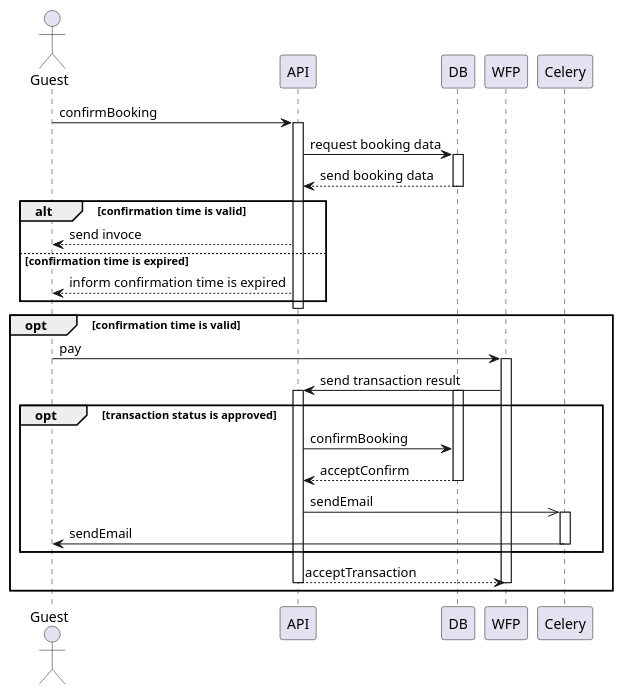
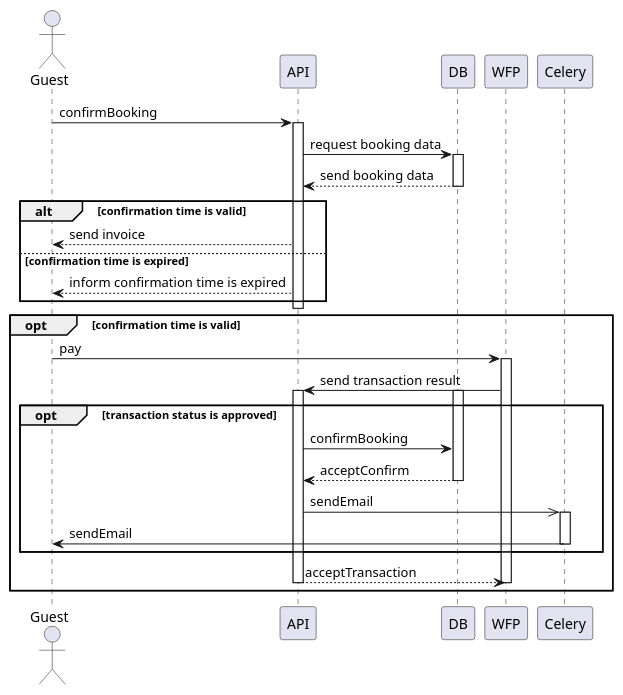
Before and after one commit to opvlad/kpi-mavpz: the diagram in lab3/sequence-1.md, drawn with PlantUML. The commit also changed 2 other files, not shown here.

````diff
--- a/lab3/sequence-1.md
+++ b/lab3/sequence-1.md
@@ -2,42 +2,42 @@
 ```plantuml
 @startuml
 
 actor Guest as guest
 
 guest -> API : confirmBooking
 
 activate API
 API -> DB : request booking data
 activate DB
 DB --> API : send booking data
 deactivate DB
 
 alt confirmation time is valid
-API --> guest : send invoce
+API --> guest : send invoice
 else confirmation time is expired
 API --> guest : inform confirmation time is expired
 end
 deactivate API
 
 opt confirmation time is valid
 guest -> WFP : pay
 activate WFP
 WFP -> API : send transaction result
 activate API
 opt transaction status is approved
 activate DB
 API -> DB : confirmBooking
 DB --> API : acceptConfirm
 deactivate DB
 API ->> Celery : sendEmail
 activate Celery
 Celery -> guest : sendEmail
 deactivate Celery
 end
 API --> WFP : acceptTransaction
 deactivate WFP
 deactivate API
 end
 
 @enduml
 ```
````
